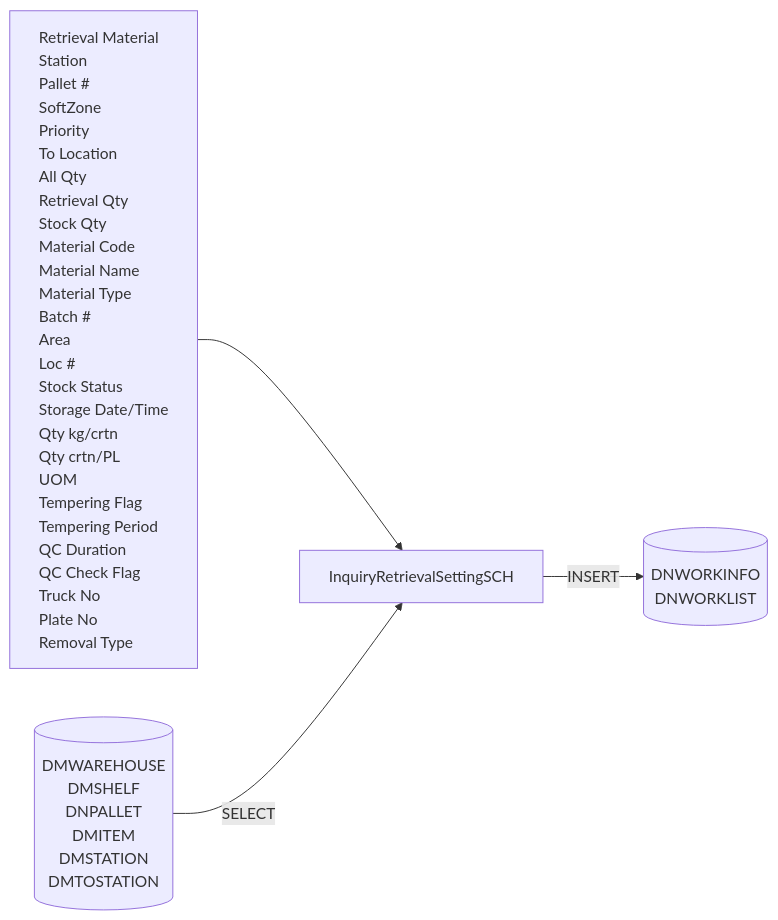
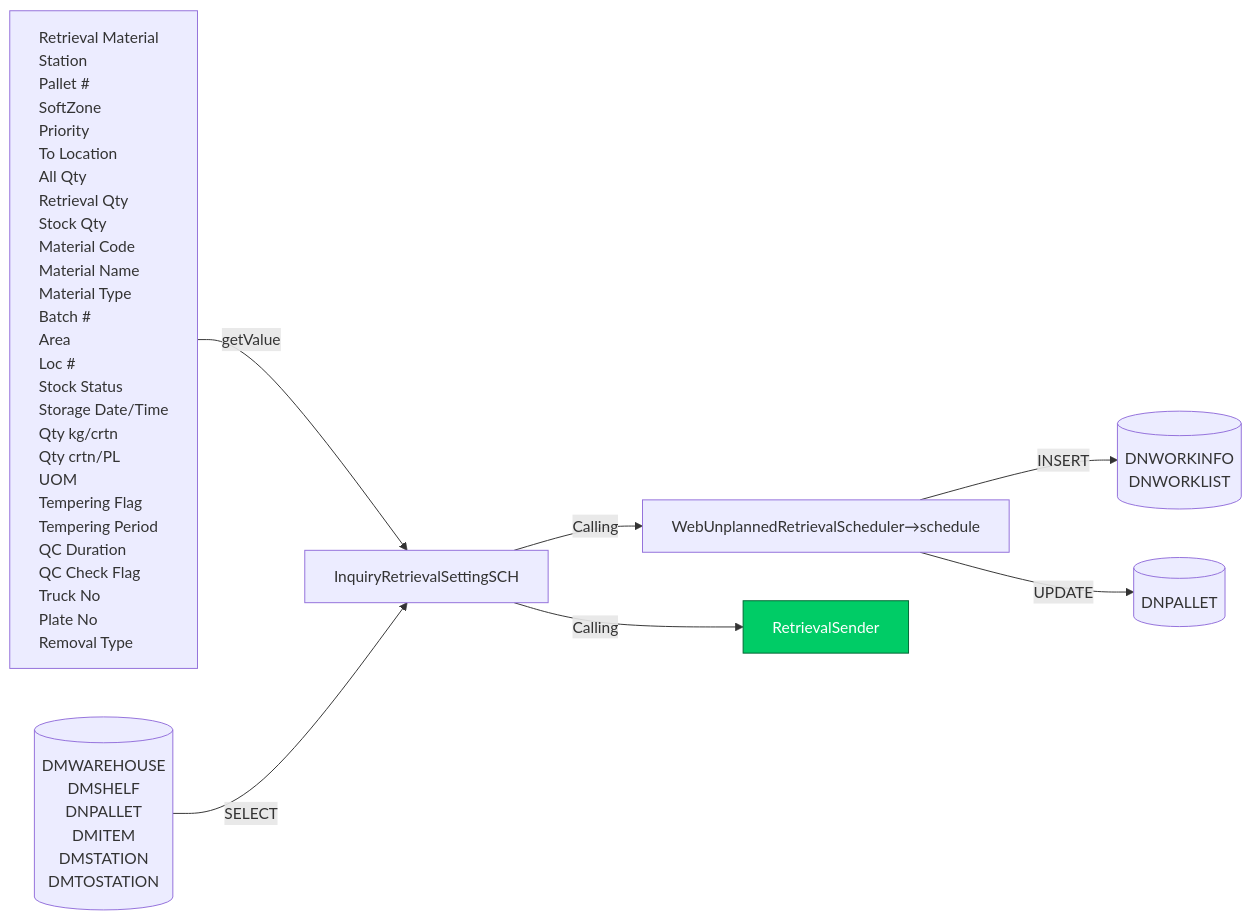
Before and after one commit to luthfiadityaa/SimeDarby-Wiki: the sixth of 21 diagrams in Basic-Design/DFD-WMS/Retrieval/Specific-Location-Retrieval-Setting.md, drawn with Mermaid.

Commit message:
Updated Specific Location Retrieval Setting

```diff
--- a/Basic-Design/DFD-WMS/Retrieval/Specific-Location-Retrieval-Setting.md
+++ b/Basic-Design/DFD-WMS/Retrieval/Specific-Location-Retrieval-Setting.md
@@ -164,54 +164,63 @@
 ::: mermaid
 flowchart LR
     input[
         Retrieval Material
         Station
         Pallet #
         SoftZone
         Priority
         To Location
         All Qty
         Retrieval Qty
         Stock Qty
         Material Code
         Material Name
         Material Type
         Batch #
         Area
         Loc #
         Stock Status
         Storage Date/Time
         Qty kg/crtn
         Qty crtn/PL
         UOM
         Tempering Flag
         Tempering Period
         QC Duration
         QC Check Flag
         Truck No
         Plate No
         Removal Type
     ]
 
     tableList-insert[("
         DNWORKINFO
         DNWORKLIST
     ")]
 
      tableList-select[("
         DMWAREHOUSE
         DMSHELF
         DNPALLET
         DMITEM
         DMSTATION
         DMTOSTATION
     ")]
 
-    className[InquiryRetrievalSettingSCH]
+    tableList-update[("
+        DNPALLET
+    ")]
 
-    input --> className --> |INSERT| tableList-insert
+     className[InquiryRetrievalSettingSCH]
+    className--> |Calling| className2[WebUnplannedRetrievalScheduler→schedule] --> |INSERT| tableList-insert
+    input --> |getValue| className 
+    className--> |Calling| P1[RetrievalSender]
+    className2 --> |UPDATE| tableList-update
     tableList-select --> |SELECT| className
+
+    click P1 "https://dev.azure.com/Daifuku-SW/ID_SimeDarbyPlantation/_wiki/wikis/ID_SimeDarbyPlantation.wiki/956/Stacked-Empty-Pallet?anchor=retrieval-sender" "Go to Retrieval Retrieval Sender"
+    style P1 fill:#00cc66,stroke:#006633,color:#ffffff
 
     classDef leftAlign text-align:left;
     class input leftAlign;
 :::
```
